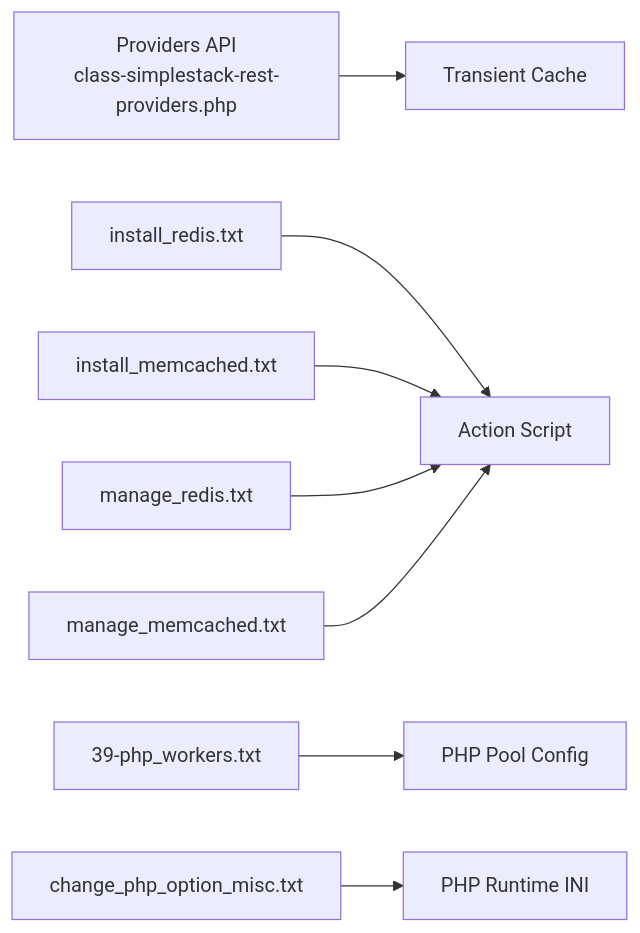
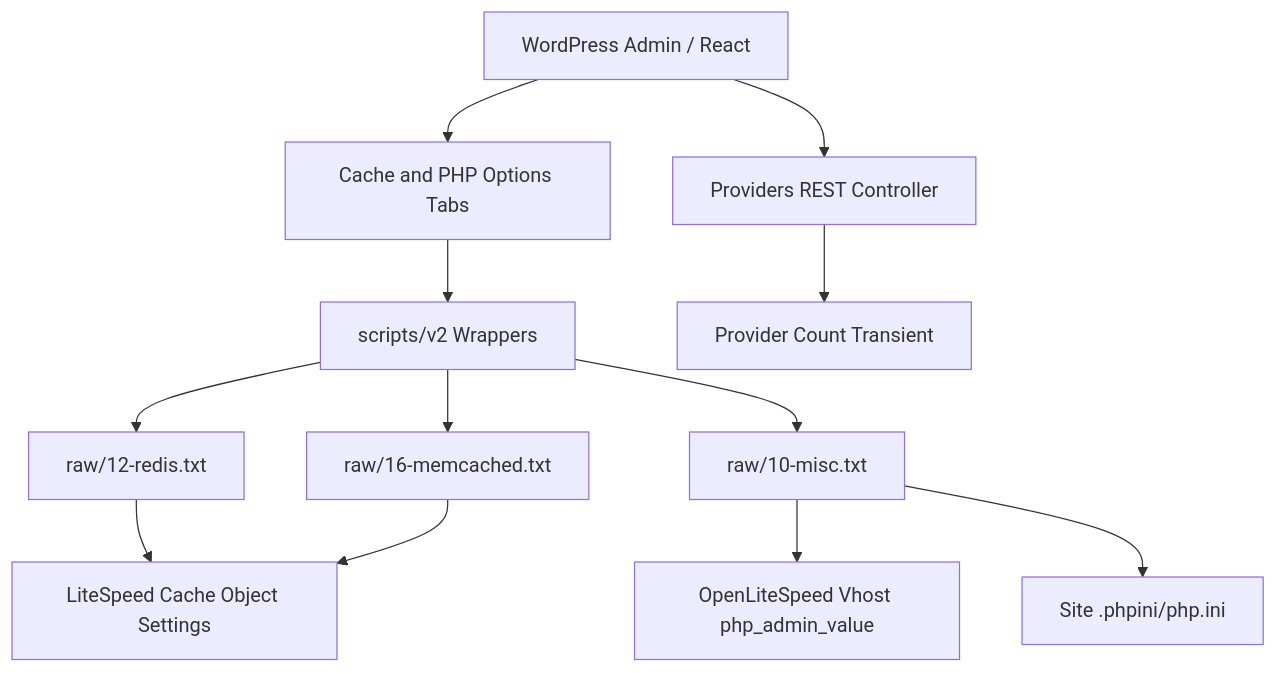
The diagram in .qoder/repowiki/en/content/WordPress Application Engine/Operational & Maintenance Scripts/Performance Optimization Tools.md (onedogsolutions/simple-stack), drawn with Mermaid before and after one commit. The commit also changed other lines of this file and 5941 other files, not shown here.

````diff
--- a/.qoder/repowiki/en/content/WordPress Application Engine/Operational & Maintenance Scripts/Performance Optimization Tools.md
+++ b/.qoder/repowiki/en/content/WordPress Application Engine/Operational & Maintenance Scripts/Performance Optimization Tools.md
@@ -247,10 +33,14 @@
 ```mermaid
-graph LR
-ProvidersAPI["Providers API<br/>class-simplestack-rest-providers.php"] --> Transient["Transient Cache"]
-InstallRedis["install_redis.txt"] --> ActionScript["Action Script"]
-InstallMemcached["install_memcached.txt"] --> ActionScript
-ManageRedis["manage_redis.txt"] --> ActionScript
-ManageMemcached["manage_memcached.txt"] --> ActionScript
-PHPWorkers["39-php_workers.txt"] --> PoolConfig["PHP Pool Config"]
-PHPOptions["change_php_option_misc.txt"] --> RuntimeIni["PHP Runtime INI"]
+graph TB
+Admin["WordPress Admin / React"] --> CacheTabs["Cache and PHP Options Tabs"]
+Admin --> ProvidersREST["Providers REST Controller"]
+CacheTabs --> Wrappers["scripts/v2 Wrappers"]
+Wrappers --> Redis["raw/12-redis.txt"]
+Wrappers --> Memcached["raw/16-memcached.txt"]
+Wrappers --> PHPMisc["raw/10-misc.txt"]
+Redis --> LiteSpeedCache["LiteSpeed Cache Object Settings"]
+Memcached --> LiteSpeedCache
+PHPMisc --> VHost["OpenLiteSpeed Vhost php_admin_value"]
+PHPMisc --> SiteINI["Site .phpini/php.ini"]
+ProvidersREST --> Transient["Provider Count Transient"]
 ```
````
